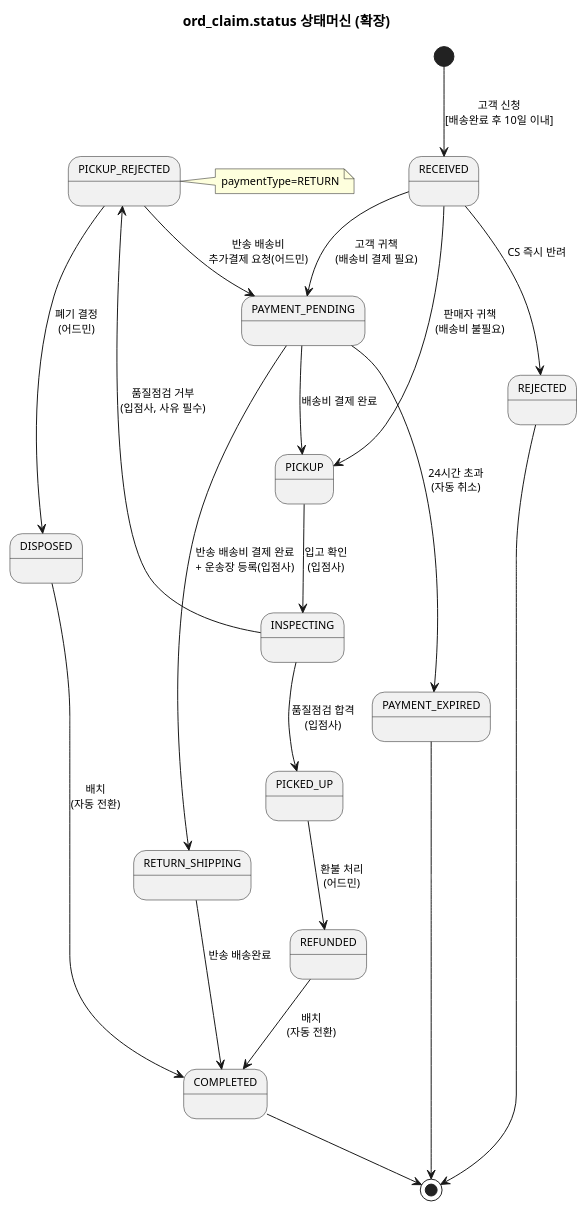
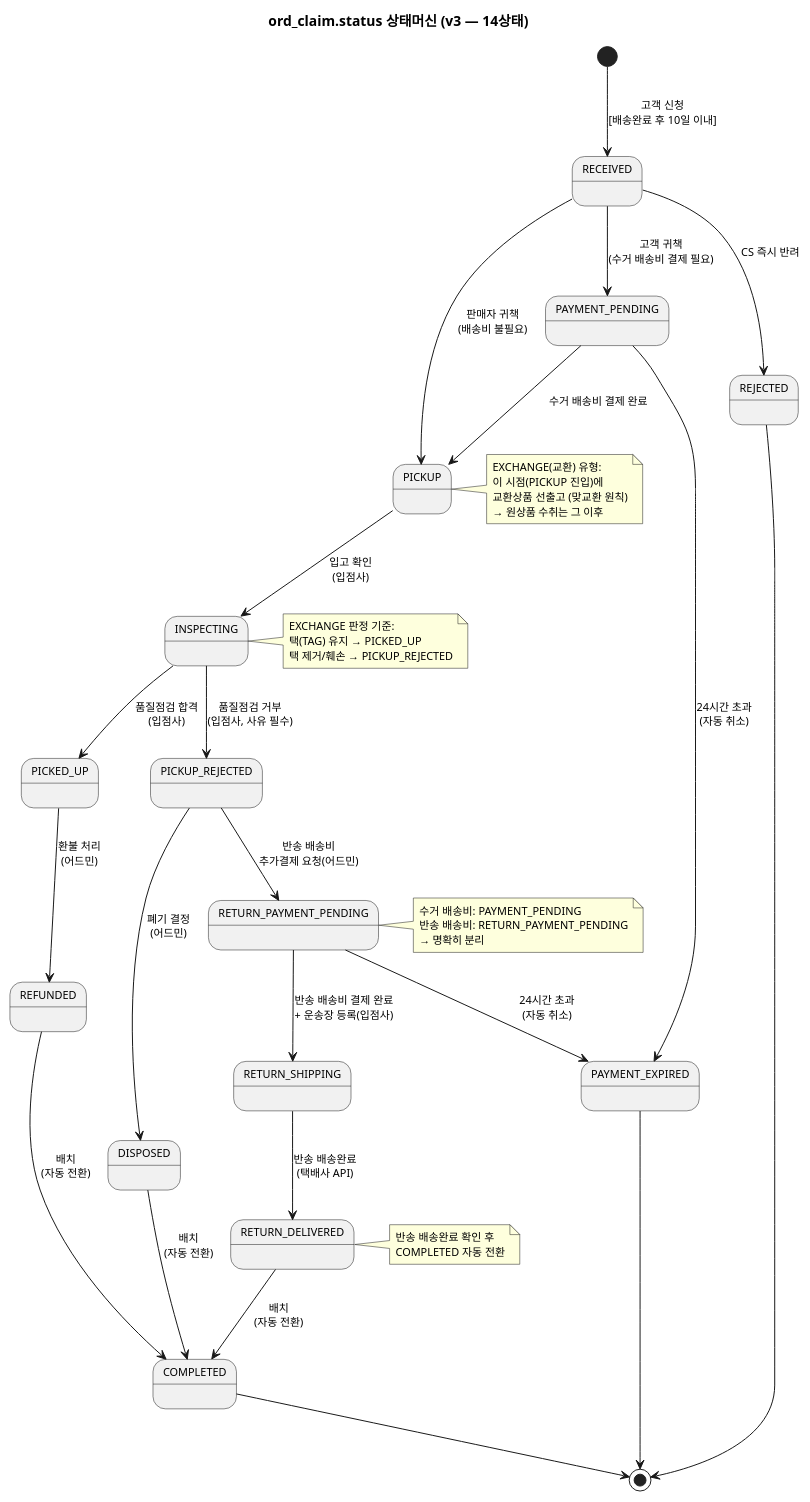
The second of 2 diagrams in docs/자산화-단계별/S2-구조설계/10-상태머신(Order).md (parknahyun/runNShop), drawn with PlantUML before and after one commit. The commit also changed other lines of this file and 18 other files, not shown here.

````diff
--- a/docs/자산화-단계별/S2-구조설계/10-상태머신(Order).md
+++ b/docs/자산화-단계별/S2-구조설계/10-상태머신(Order).md
@@ -126,39 +154,64 @@
 ```plantuml
 @startuml
 skinparam backgroundColor transparent
 skinparam defaultFontSize 11
-title ord_claim.status 상태머신 (확장)
+title ord_claim.status 상태머신 (v3 — 14상태)
 
 [*] --> RECEIVED : 고객 신청\n[배송완료 후 10일 이내]
 
-RECEIVED --> PAYMENT_PENDING : 고객 귀책\n(배송비 결제 필요)
+RECEIVED --> PAYMENT_PENDING : 고객 귀책\n(수거 배송비 결제 필요)
 RECEIVED --> PICKUP : 판매자 귀책\n(배송비 불필요)
 RECEIVED --> REJECTED : CS 즉시 반려
 
-PAYMENT_PENDING --> PICKUP : 배송비 결제 완료
+PAYMENT_PENDING --> PICKUP : 수거 배송비 결제 완료
 PAYMENT_PENDING --> PAYMENT_EXPIRED : 24시간 초과\n(자동 취소)
 
 PICKUP --> INSPECTING : 입고 확인\n(입점사)
 
 INSPECTING --> PICKED_UP : 품질점검 합격\n(입점사)
 INSPECTING --> PICKUP_REJECTED : 품질점검 거부\n(입점사, 사유 필수)
 
+note right of PICKUP
+  EXCHANGE(교환) 유형:
+  이 시점(PICKUP 진입)에
+  교환상품 선출고 (맞교환 원칙)
+  → 원상품 수취는 그 이후
+end note
+
+note right of INSPECTING
+  EXCHANGE 판정 기준:
+  택(TAG) 유지 → PICKED_UP
+  택 제거/훼손 → PICKUP_REJECTED
+end note
+
 PICKED_UP --> REFUNDED : 환불 처리\n(어드민)
 
 PICKUP_REJECTED --> DISPOSED : 폐기 결정\n(어드민)
-PICKUP_REJECTED --> PAYMENT_PENDING : 반송 배송비\n추가결제 요청(어드민)
-note right of PICKUP_REJECTED : paymentType=RETURN
+PICKUP_REJECTED --> RETURN_PAYMENT_PENDING : 반송 배송비\n추가결제 요청(어드민)
 
-RETURN_SHIPPING --> COMPLETED : 반송 배송완료
+RETURN_PAYMENT_PENDING --> RETURN_SHIPPING : 반송 배송비 결제 완료\n+ 운송장 등록(입점사)
+RETURN_PAYMENT_PENDING --> PAYMENT_EXPIRED : 24시간 초과\n(자동 취소)
 
-PAYMENT_PENDING --> RETURN_SHIPPING : 반송 배송비 결제 완료\n+ 운송장 등록(입점사)
+RETURN_SHIPPING --> RETURN_DELIVERED : 반송 배송완료\n(택배사 API)
 
+RETURN_DELIVERED --> COMPLETED : 배치\n(자동 전환)
 REFUNDED --> COMPLETED : 배치\n(자동 전환)
 DISPOSED --> COMPLETED : 배치\n(자동 전환)
 
 COMPLETED --> [*]
 REJECTED --> [*]
 PAYMENT_EXPIRED --> [*]
 
+note right of RETURN_PAYMENT_PENDING
+  수거 배송비: PAYMENT_PENDING
+  반송 배송비: RETURN_PAYMENT_PENDING
+  → 명확히 분리
+end note
+
+note right of RETURN_DELIVERED
+  반송 배송완료 확인 후
+  COMPLETED 자동 전환
+end note
+
 @enduml
 ```
````
